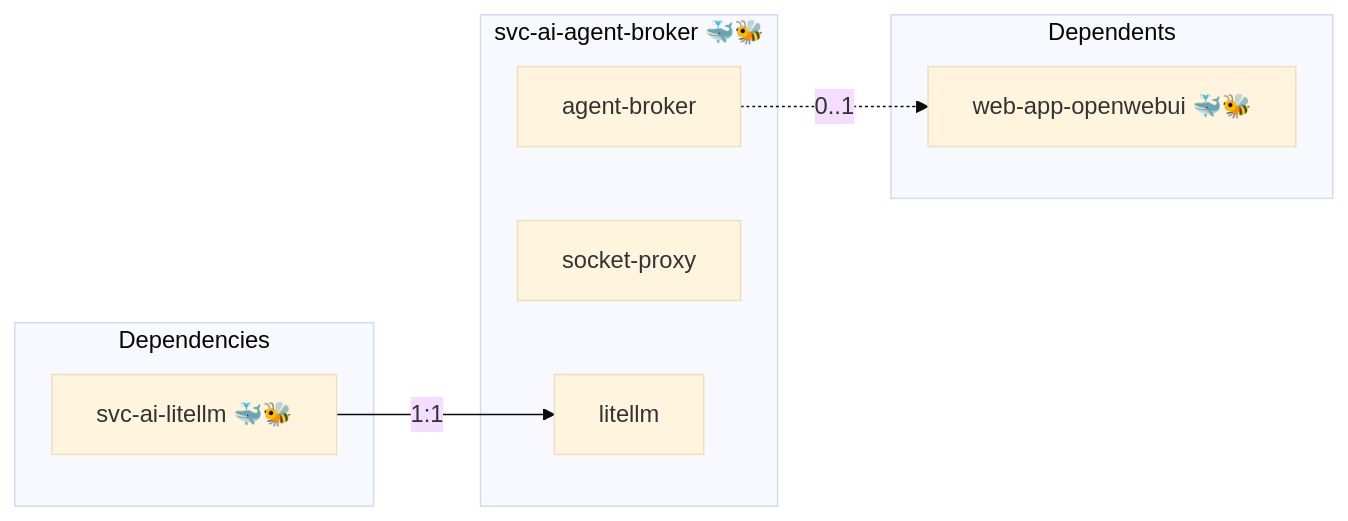
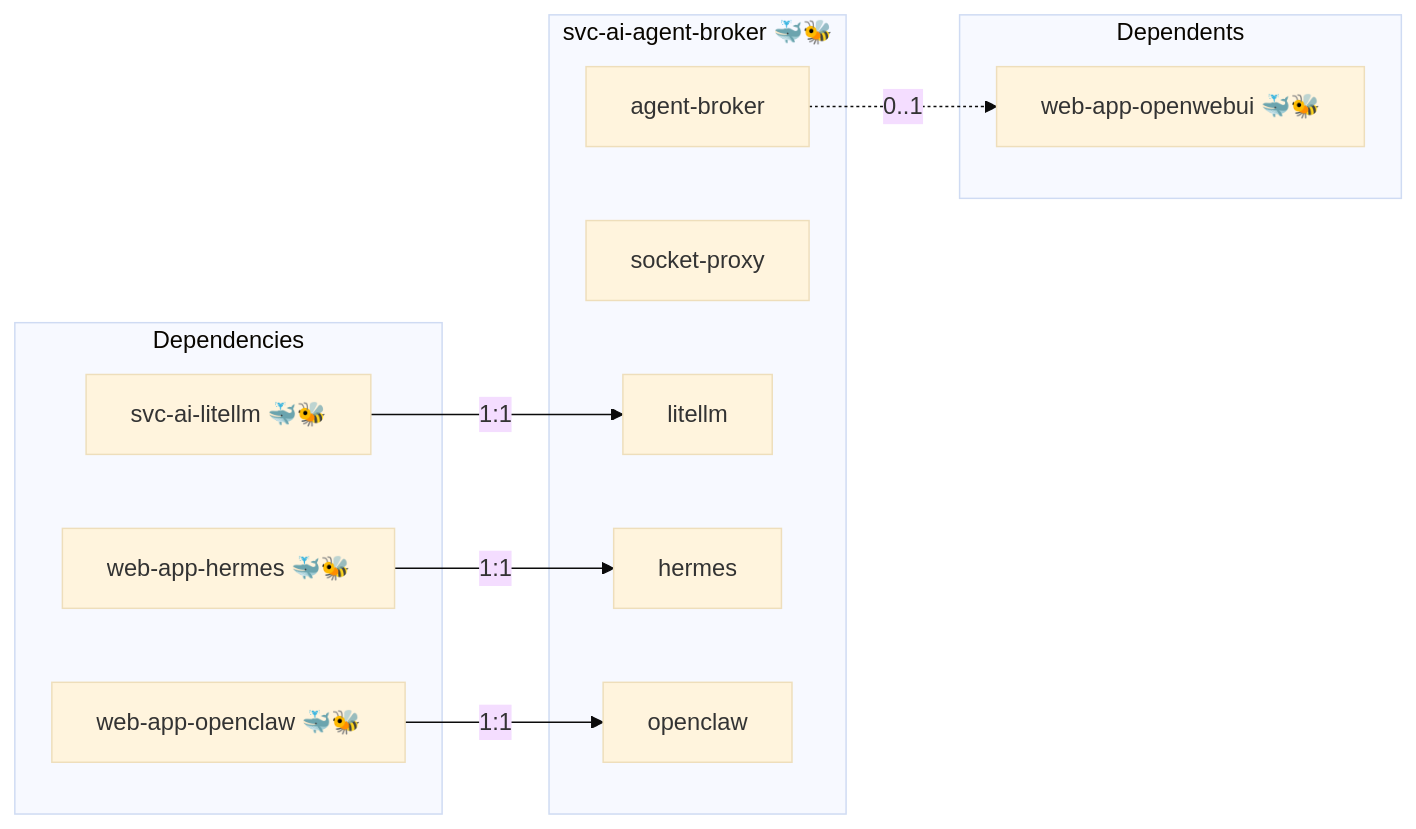
The diagram in roles/svc-ai-agent-broker/README.md (infinito-nexus/core), drawn with Mermaid (base theme) before and after one commit. The commit also changed other lines of this file and 5 other files, not shown here.

````diff
--- a/roles/svc-ai-agent-broker/README.md
+++ b/roles/svc-ai-agent-broker/README.md
@@ -15,16 +15,22 @@
 ```mermaid
 flowchart LR
     subgraph deps [Dependencies]
         dep_svc_ai_litellm["svc-ai-litellm 🐳🐝"]
+        dep_web_app_hermes["web-app-hermes 🐳🐝"]
+        dep_web_app_openclaw["web-app-openclaw 🐳🐝"]
     end
     subgraph role [svc-ai-agent-broker 🐳🐝]
         svc_agent_broker["agent-broker"]
         svc_socket_proxy["socket-proxy"]
         svc_litellm["litellm"]
+        svc_hermes["hermes"]
+        svc_openclaw["openclaw"]
     end
     subgraph dependents [Dependents]
         dpt_web_app_openwebui["web-app-openwebui 🐳🐝"]
     end
     dep_svc_ai_litellm -- "1:1" --> svc_litellm
+    dep_web_app_hermes -- "1:1" --> svc_hermes
+    dep_web_app_openclaw -- "1:1" --> svc_openclaw
     svc_agent_broker -. "0..1" .-> dpt_web_app_openwebui
 ```
````
